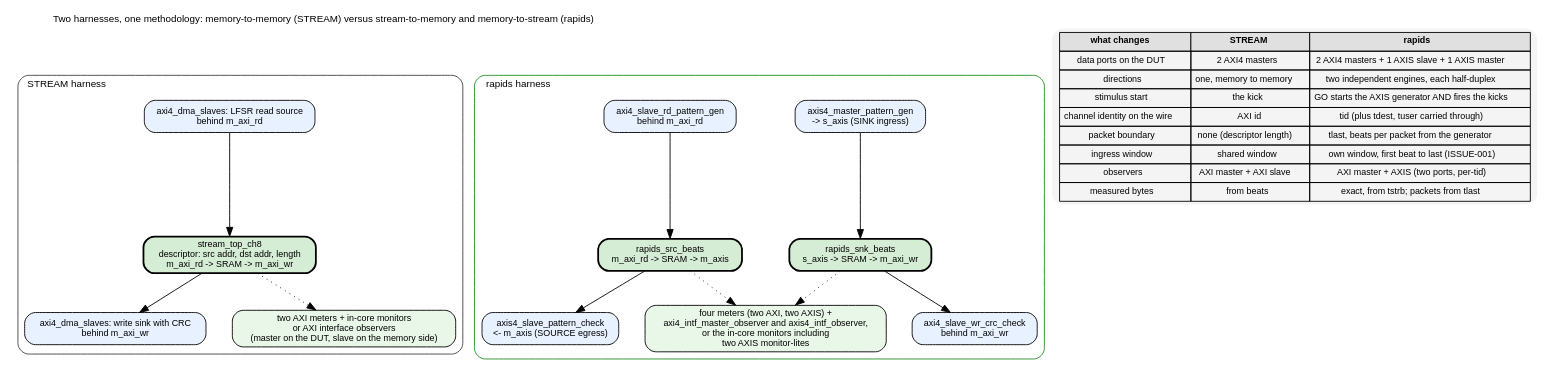
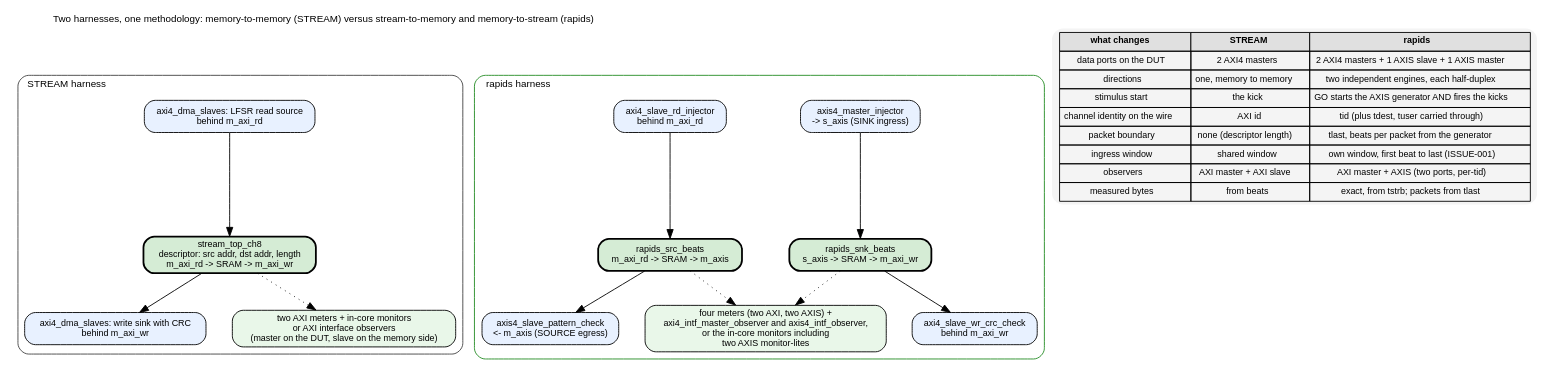
The diagram in projects/fpga-systems/Genesys2/dma-ip/rapids_beats/docs/rapids_axis_system/assets/graphviz/04_rapids_vs_stream.dot (sean-galloway/RTLDesignSherpa), drawn with Graphviz before and after one commit. The commit also changed 105 other files, not shown here.

First line of the commit message:
refactor(amba): rename characterization *pattern_gen blocks to *injector

```diff
--- a/projects/fpga-systems/Genesys2/dma-ip/rapids_beats/docs/rapids_axis_system/assets/graphviz/04_rapids_vs_stream.dot
+++ b/projects/fpga-systems/Genesys2/dma-ip/rapids_beats/docs/rapids_axis_system/assets/graphviz/04_rapids_vs_stream.dot
@@ -1,43 +1,43 @@
 // Side by side: what the STREAM harness and the rapids harness put around their DUTs.
 digraph rapids_vs_stream {
     graph [rankdir=TB, fontname="Helvetica", fontsize=11, nodesep=0.4, ranksep=0.5,
            label="Two harnesses, one methodology: memory-to-memory (STREAM) versus stream-to-memory and memory-to-stream (rapids)",
            labelloc=t, labeljust=l];
     node  [fontname="Helvetica", fontsize=10, shape=box, style="rounded,filled", fillcolor="#f4f4f4"];
     edge  [fontname="Helvetica", fontsize=9];
 
     subgraph cluster_stream {
         label="STREAM harness"; style="rounded"; color="#404040";
         s_src [label="axi4_dma_slaves: LFSR read source\nbehind m_axi_rd", fillcolor="#e8f1ff"];
         s_dut [label="stream_top_ch8\ndescriptor: src addr, dst addr, length\nm_axi_rd -> SRAM -> m_axi_wr", fillcolor="#d5ecd5", penwidth=2];
         s_snk [label="axi4_dma_slaves: write sink with CRC\nbehind m_axi_wr", fillcolor="#e8f1ff"];
         s_meas [label="two AXI meters + in-core monitors\nor AXI interface observers\n(master on the DUT, slave on the memory side)", fillcolor="#e9f7e9"];
         s_src -> s_dut -> s_snk; s_dut -> s_meas [style=dotted];
     }
 
     subgraph cluster_rapids {
         label="rapids harness"; style="rounded"; color="#228B22";
-        r_gen [label="axis4_master_pattern_gen\n-> s_axis (SINK ingress)", fillcolor="#e8f1ff"];
+        r_gen [label="axis4_master_injector\n-> s_axis (SINK ingress)", fillcolor="#e8f1ff"];
         r_snk [label="rapids_snk_beats\ns_axis -> SRAM -> m_axi_wr", fillcolor="#d5ecd5", penwidth=2];
         r_wr [label="axi4_slave_wr_crc_check\nbehind m_axi_wr", fillcolor="#e8f1ff"];
-        r_rd [label="axi4_slave_rd_pattern_gen\nbehind m_axi_rd", fillcolor="#e8f1ff"];
+        r_rd [label="axi4_slave_rd_injector\nbehind m_axi_rd", fillcolor="#e8f1ff"];
         r_src [label="rapids_src_beats\nm_axi_rd -> SRAM -> m_axis", fillcolor="#d5ecd5", penwidth=2];
         r_chk [label="axis4_slave_pattern_check\n<- m_axis (SOURCE egress)", fillcolor="#e8f1ff"];
         r_meas [label="four meters (two AXI, two AXIS) +\naxi4_intf_master_observer and axis4_intf_observer,\nor the in-core monitors including\ntwo AXIS monitor-lites", fillcolor="#e9f7e9"];
         r_gen -> r_snk -> r_wr; r_rd -> r_src -> r_chk;
         r_snk -> r_meas [style=dotted]; r_src -> r_meas [style=dotted];
     }
 
     diff [shape=plaintext, label=<
       <table border="0" cellborder="1" cellspacing="0" cellpadding="4">
         <tr><td bgcolor="#e0e0e0"><b>what changes</b></td><td bgcolor="#e0e0e0"><b>STREAM</b></td><td bgcolor="#e0e0e0"><b>rapids</b></td></tr>
         <tr><td>data ports on the DUT</td><td>2 AXI4 masters</td><td>2 AXI4 masters + 1 AXIS slave + 1 AXIS master</td></tr>
         <tr><td>directions</td><td>one, memory to memory</td><td>two independent engines, each half-duplex</td></tr>
         <tr><td>stimulus start</td><td>the kick</td><td>GO starts the AXIS generator AND fires the kicks</td></tr>
         <tr><td>channel identity on the wire</td><td>AXI id</td><td>tid (plus tdest, tuser carried through)</td></tr>
         <tr><td>packet boundary</td><td>none (descriptor length)</td><td>tlast, beats per packet from the generator</td></tr>
         <tr><td>ingress window</td><td>shared window</td><td>own window, first beat to last (ISSUE-001)</td></tr>
         <tr><td>observers</td><td>AXI master + AXI slave</td><td>AXI master + AXIS (two ports, per-tid)</td></tr>
         <tr><td>measured bytes</td><td>from beats</td><td>exact, from tstrb; packets from tlast</td></tr>
       </table>>];
 }
```
